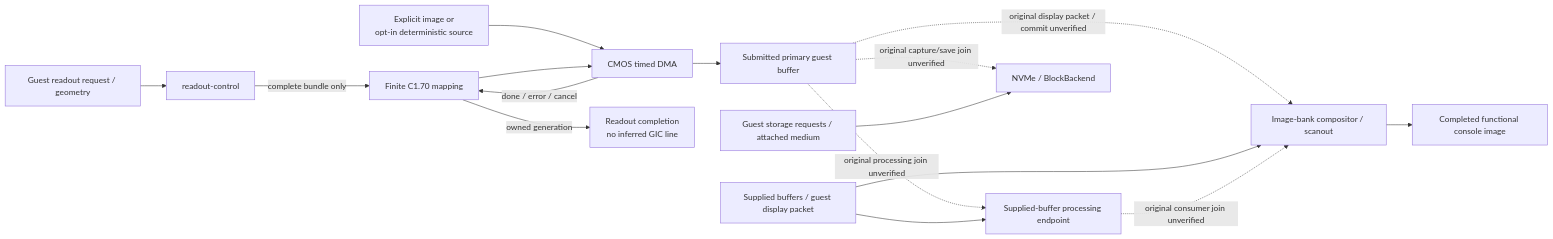
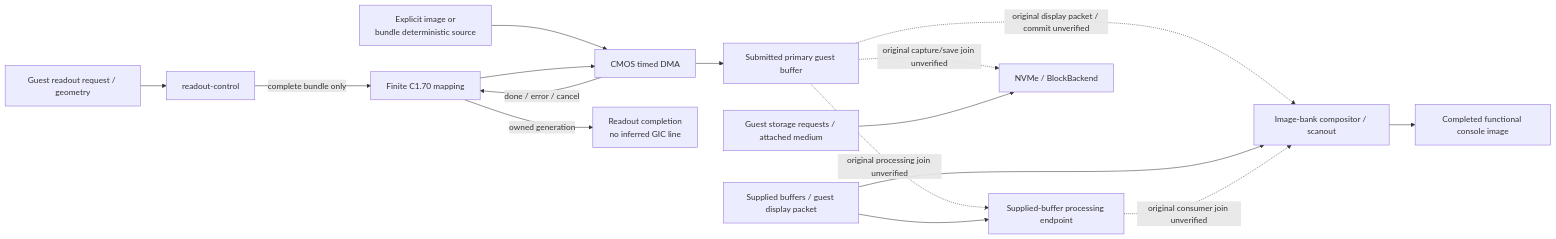
One commit to nightglasses/z7ii-qemu changed the second of 2 diagrams in docs/architecture/expeed6.md. Above: the diagram before and after it, drawn with Mermaid. The commit also changed other lines of this file and 10 other files, not shown here.

````diff
--- a/docs/architecture/expeed6.md
+++ b/docs/architecture/expeed6.md
@@ -51,18 +51,18 @@
 ```mermaid
 flowchart LR
   Guest["Guest readout request / geometry"] --> Readout["readout-control"]
   Readout -->|"complete bundle only"| Pipeline["Finite C1.70 mapping"]
-  Source["Explicit image or<br/>opt-in deterministic source"] --> CMOS["CMOS timed DMA"]
+  Source["Explicit image or<br/>bundle deterministic source"] --> CMOS["CMOS timed DMA"]
   Pipeline --> CMOS
   CMOS --> RAM["Submitted primary guest buffer"]
   CMOS -->|"done / error / cancel"| Pipeline
   Pipeline -->|"owned generation"| Completion["Readout completion<br/>no inferred GIC line"]
   RAM -. "original processing join unverified" .-> Process["Supplied-buffer processing endpoint"]
   RAM -. "original display packet / commit unverified" .-> Scanout["Image-bank compositor / scanout"]
   Supplied["Supplied buffers / guest display packet"] --> Process
   Supplied --> Scanout
   Process -. "original consumer join unverified" .-> Scanout
   Scanout --> Console["Completed functional console image"]
   RAM -. "original capture/save join unverified" .-> Save["NVMe / BlockBackend"]
   Requests["Guest storage requests / attached medium"] --> Save
 ```
````
